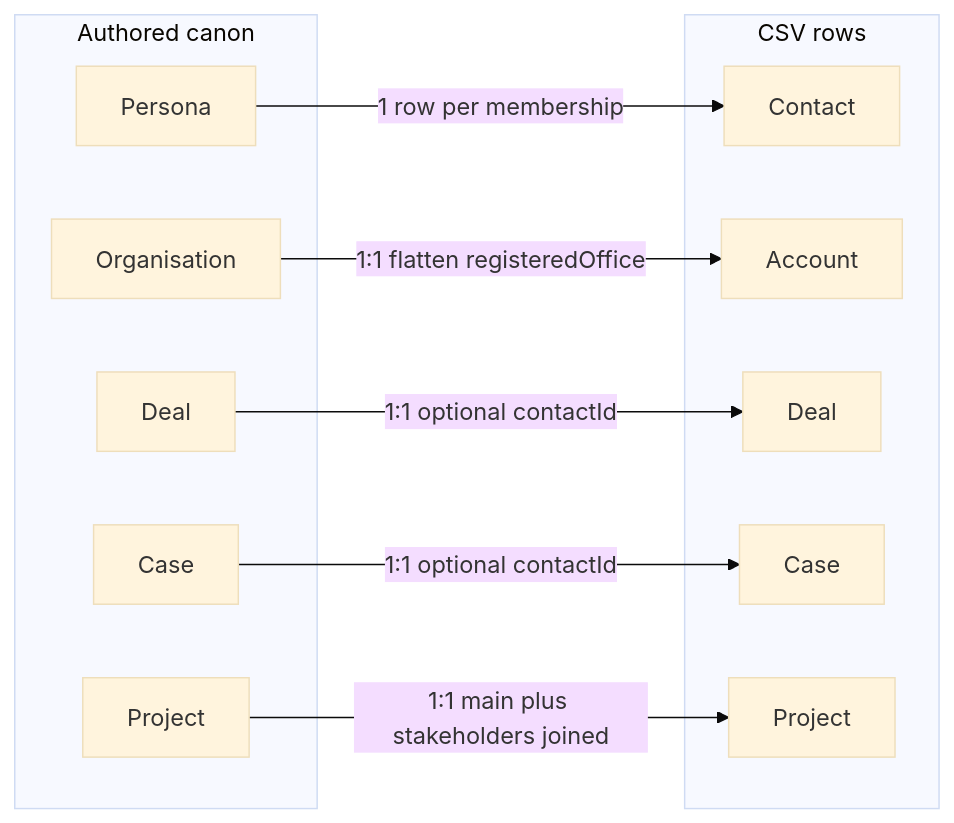
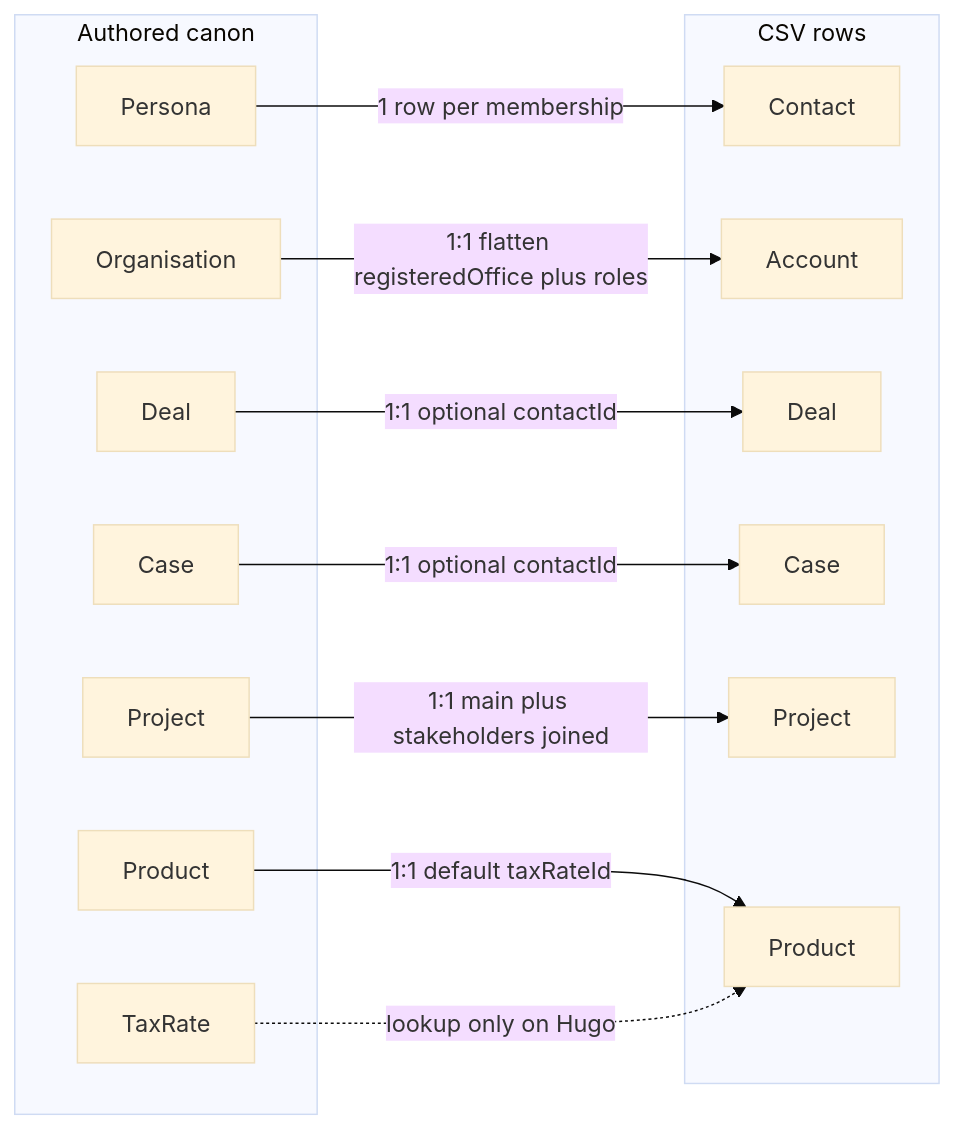
The eighth of 8 diagrams in docs/entity-relationships.md (markheydon/turpinverse), drawn with Mermaid (base theme) before and after one commit. The commit also changed other lines of this file and 67 other files, not shown here.

````diff
--- a/docs/entity-relationships.md
+++ b/docs/entity-relationships.md
@@ -307,22 +307,27 @@
 ```mermaid
 flowchart LR
     subgraph canon [Authored canon]
         Persona
         Organisation
         Deal
         Case
         Project
+        Product
+        TaxRate
     end
     subgraph csv [CSV rows]
         Contact
         Account
         DealRow[Deal]
         CaseRow[Case]
         ProjectRow[Project]
+        ProductRow[Product]
     end
     Persona -->|"1 row per membership"| Contact
-    Organisation -->|"1:1 flatten registeredOffice"| Account
+    Organisation -->|"1:1 flatten registeredOffice plus roles"| Account
     Deal -->|"1:1 optional contactId"| DealRow
     Case -->|"1:1 optional contactId"| CaseRow
     Project -->|"1:1 main plus stakeholders joined"| ProjectRow
+    Product -->|"1:1 default taxRateId"| ProductRow
+    TaxRate -.->|"lookup only on Hugo"| ProductRow
 ```
````
